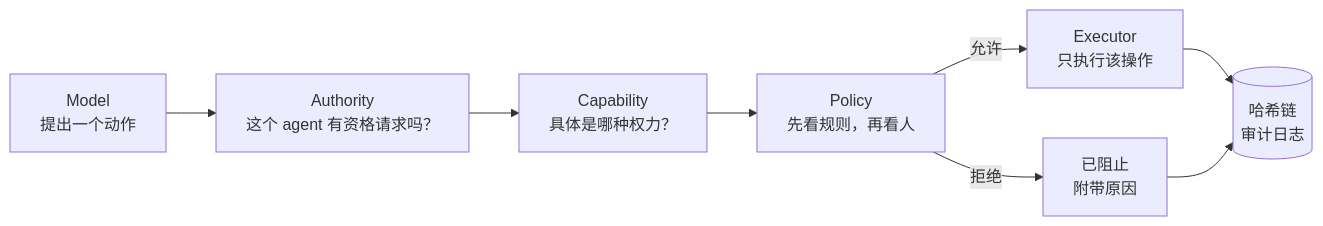
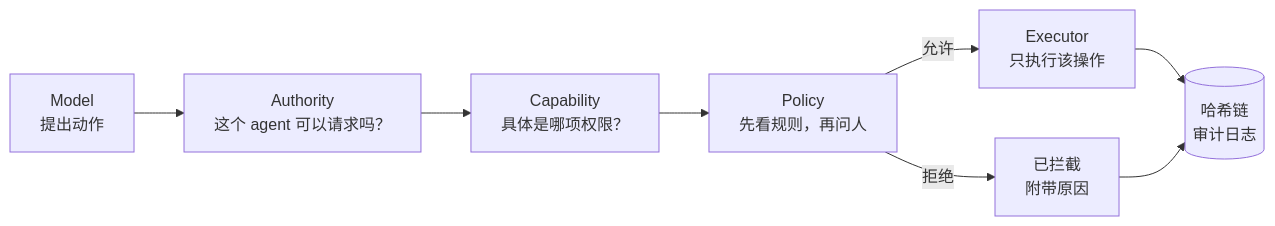
The diagram in README.zh.md (Horonomos-laps/Yana-AI), drawn with Mermaid before and after one commit. The commit also changed other lines of this file and 3 other files, not shown here.

````diff
--- a/README.zh.md
+++ b/README.zh.md
@@ -95,10 +106,10 @@
 ```mermaid
 flowchart LR
-    M["Model<br/>提出一个动作"] --> A["Authority<br/>这个 agent 有资格请求吗？"]
-    A --> C["Capability<br/>具体是哪种权力？"]
-    C --> P["Policy<br/>先看规则，再看人"]
+    M["Model<br/>提出动作"] --> A["Authority<br/>这个 agent 可以请求吗？"]
+    A --> C["Capability<br/>具体是哪项权限？"]
+    C --> P["Policy<br/>先看规则，再问人"]
     P -->|允许| E["Executor<br/>只执行该操作"]
-    P -->|拒绝| X["已阻止<br/>附带原因"]
+    P -->|拒绝| X["已拦截<br/>附带原因"]
     E --> L[("哈希链<br/>审计日志")]
     X --> L
 ```
````
